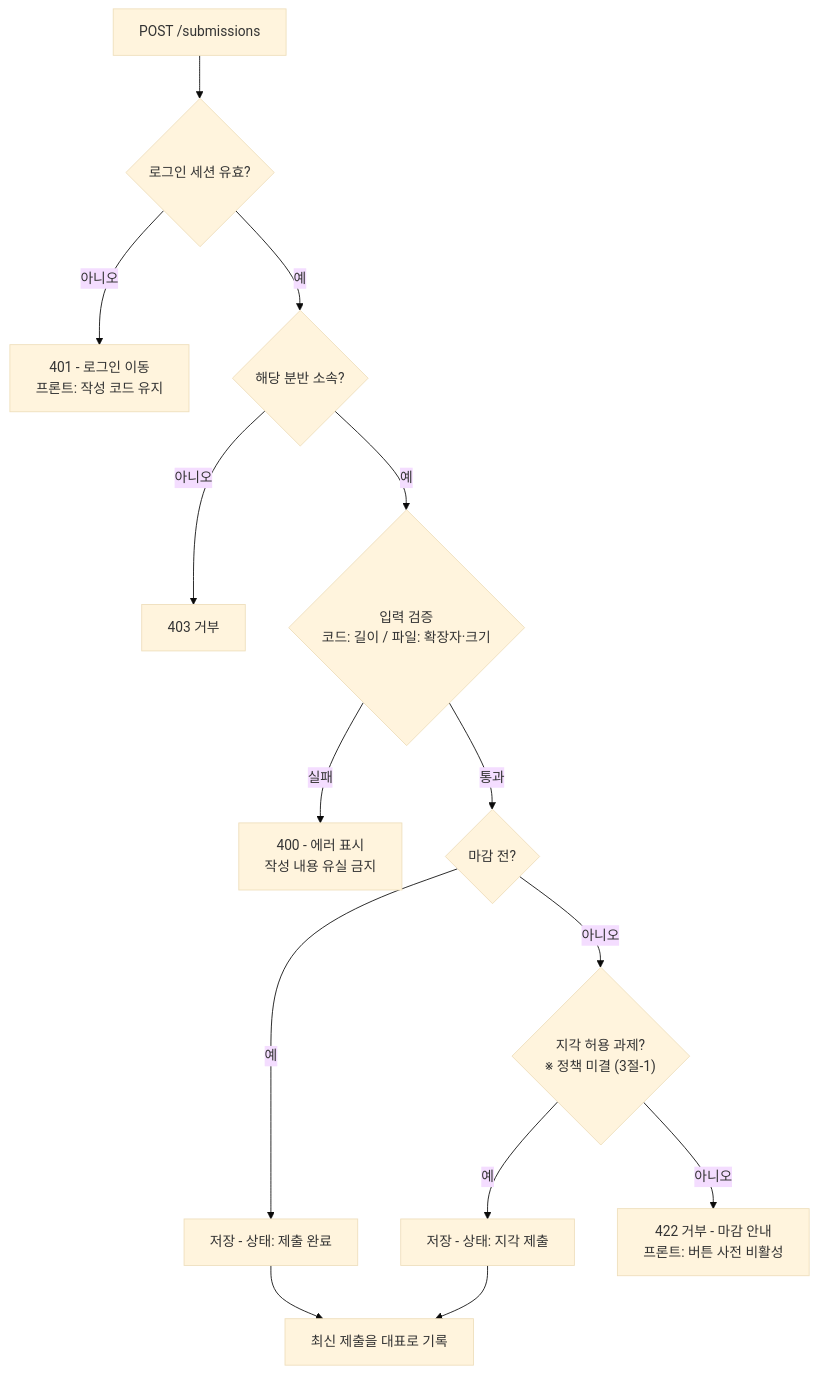
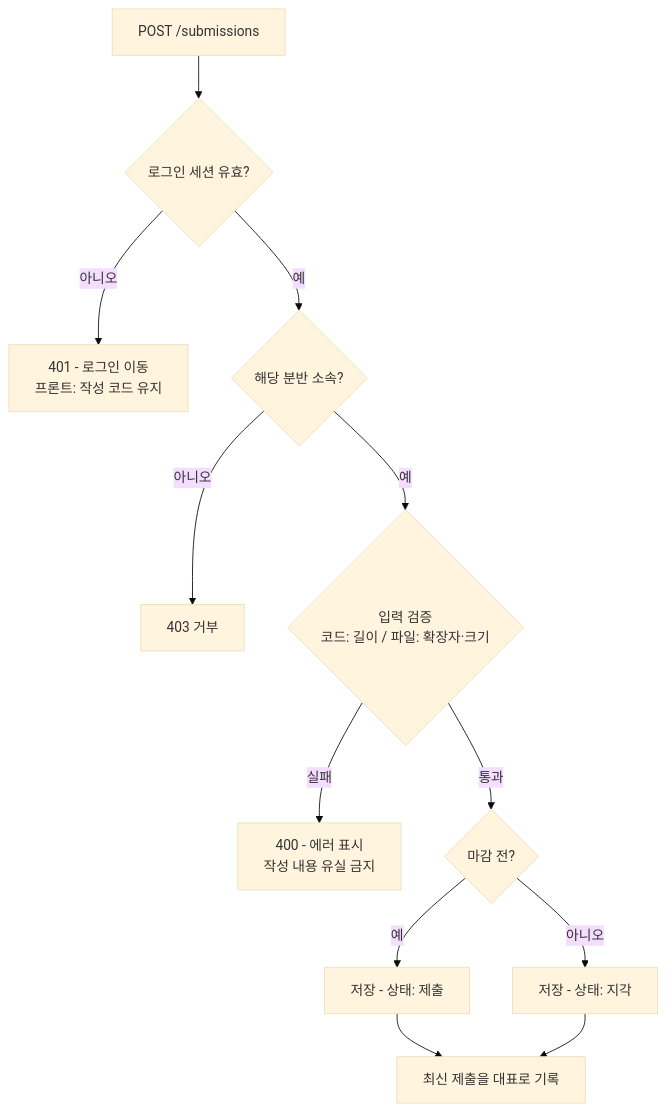
The second of 3 diagrams in docs/flows-and-usecases.md (KNU-HAEDAL-Website-v3/ondal-docs), drawn with Mermaid (base theme) before and after one commit. The commit also changed other lines of this file and 7 other files, not shown here.

````diff
--- a/docs/flows-and-usecases.md
+++ b/docs/flows-and-usecases.md
@@ -45,16 +45,14 @@
 ```mermaid
 flowchart TD
     A["POST /submissions"] --> B{"로그인 세션 유효?"}
     B -->|아니오| X1["401 - 로그인 이동\n프론트: 작성 코드 유지"]
     B -->|예| C{"해당 분반 소속?"}
     C -->|아니오| X2["403 거부"]
     C -->|예| D{"입력 검증\n코드: 길이 / 파일: 확장자·크기"}
     D -->|실패| X3["400 - 에러 표시\n작성 내용 유실 금지"]
     D -->|통과| E{"마감 전?"}
-    E -->|예| F["저장 - 상태: 제출 완료"]
-    E -->|아니오| G{"지각 허용 과제?\n※ 정책 미결 (3절-1)"}
-    G -->|예| H["저장 - 상태: 지각 제출"]
-    G -->|아니오| X4["422 거부 - 마감 안내\n프론트: 버튼 사전 비활성"]
+    E -->|예| F["저장 - 상태: 제출"]
+    E -->|아니오| H["저장 - 상태: 지각"]
     F --> I["최신 제출을 대표로 기록"]
     H --> I
 ```
````
